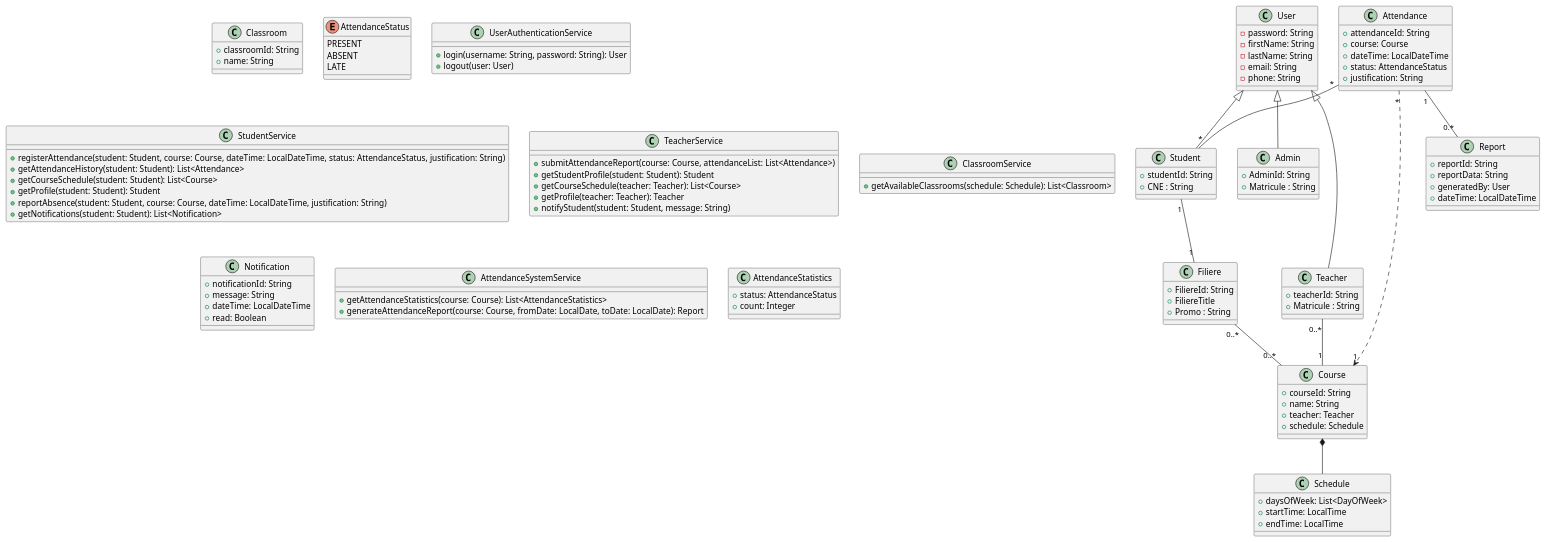
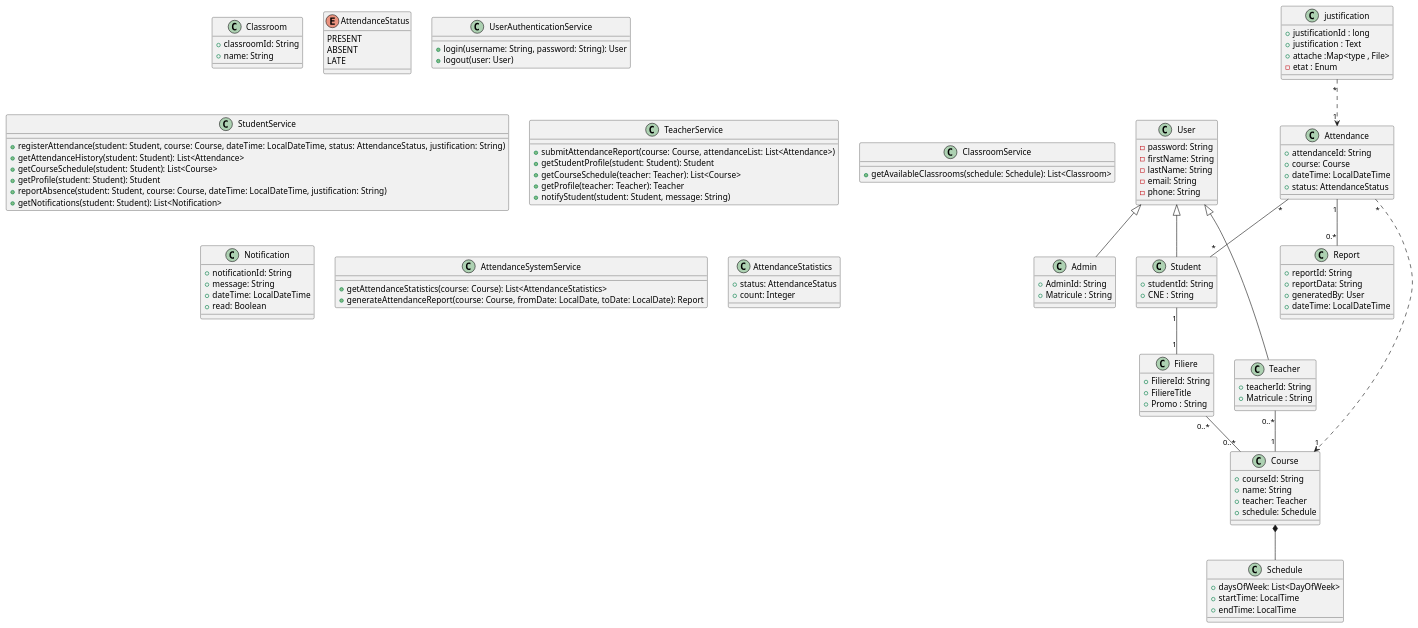
Before and after one commit to Ayoubbooob/Smart-Ensias: the diagram in Backend/src/diagrammes/DiagrammeClass.plantuml, drawn with PlantUML. The commit also changed 20 other files, not shown here.

```diff
--- a/Backend/src/diagrammes/DiagrammeClass.plantuml
+++ b/Backend/src/diagrammes/DiagrammeClass.plantuml
@@ -1,127 +1,134 @@
 @startuml
 class User {
   -password: String
   -firstName: String
   -lastName: String
   -email: String
   -phone: String
 }
 
 
 class Student {
   +studentId: String
   +CNE : String
 }
 class Filiere {
   +FiliereId: String
   +FiliereTitle
   +Promo : String 
 }
 
 class Admin {
   +AdminId: String
   +Matricule : String
 }
 
 class Teacher {
   +teacherId: String
   +Matricule : String
 }
 
 class Course {
   +courseId: String
   +name: String
   +teacher: Teacher
   +schedule: Schedule
 }
 
 class Schedule {
   +daysOfWeek: List<DayOfWeek>
   +startTime: LocalTime
   +endTime: LocalTime
 }
 
 class Classroom {
   +classroomId: String
   +name: String
 }
 
 
 class Attendance {
   +attendanceId: String
   +course: Course
   +dateTime: LocalDateTime
   +status: AttendanceStatus
-  +justification: String
+}
+
+class justification{
+  +justificationId : long
+  +justification : Text
+  +attache :Map<type , File>
+  -etat : Enum
 }
 
 enum AttendanceStatus {
   PRESENT
   ABSENT
   LATE
 }
 
 class UserAuthenticationService {
   +login(username: String, password: String): User
   +logout(user: User)
 }
 
 class StudentService {
   +registerAttendance(student: Student, course: Course, dateTime: LocalDateTime, status: AttendanceStatus, justification: String)
   +getAttendanceHistory(student: Student): List<Attendance>
   +getCourseSchedule(student: Student): List<Course>
   +getProfile(student: Student): Student
   +reportAbsence(student: Student, course: Course, dateTime: LocalDateTime, justification: String)
   +getNotifications(student: Student): List<Notification>
 }
 
 class TeacherService {
   +submitAttendanceReport(course: Course, attendanceList: List<Attendance>)
   +getStudentProfile(student: Student): Student
   +getCourseSchedule(teacher: Teacher): List<Course>
   +getProfile(teacher: Teacher): Teacher
   +notifyStudent(student: Student, message: String)
 }
 
 class ClassroomService {
   +getAvailableClassrooms(schedule: Schedule): List<Classroom>
 }
 
 class Notification {
   +notificationId: String
   +message: String
   +dateTime: LocalDateTime
   +read: Boolean
 }
 
 class AttendanceSystemService {
   +getAttendanceStatistics(course: Course): List<AttendanceStatistics>
   +generateAttendanceReport(course: Course, fromDate: LocalDate, toDate: LocalDate): Report
 }
 
 class Report {
   +reportId: String
   +reportData: String
   +generatedBy: User
   +dateTime: LocalDateTime
 }
 
 class AttendanceStatistics {
   +status: AttendanceStatus
   +count: Integer
 }
 
 
 
 User <|-- Student
-  User <|-- Teacher
-  User <|-- Admin
-  Attendance "*" -[dashed]->"1" Course
-  Attendance "*" -- "*" Student
-  Filiere "0..*" -- "0..*" Course
-  Student "1" -- "1" Filiere
-  Teacher "0..*" -- "1" Course
-  Course *-- Schedule
-  Attendance "1" -- "0.*" Report
+User <|-- Teacher
+User <|-- Admin
+Attendance "*" -[dashed]->"1" Course
+justification "*" -[dashed]->"1" Attendance
+Attendance "*" -- "*" Student
+Filiere "0..*" -- "0..*" Course
+Student "1" -- "1" Filiere
+Teacher "0..*" -- "1" Course
+Course *-- Schedule
+Attendance "1" -- "0.*" Report
 
 @enduml
```
